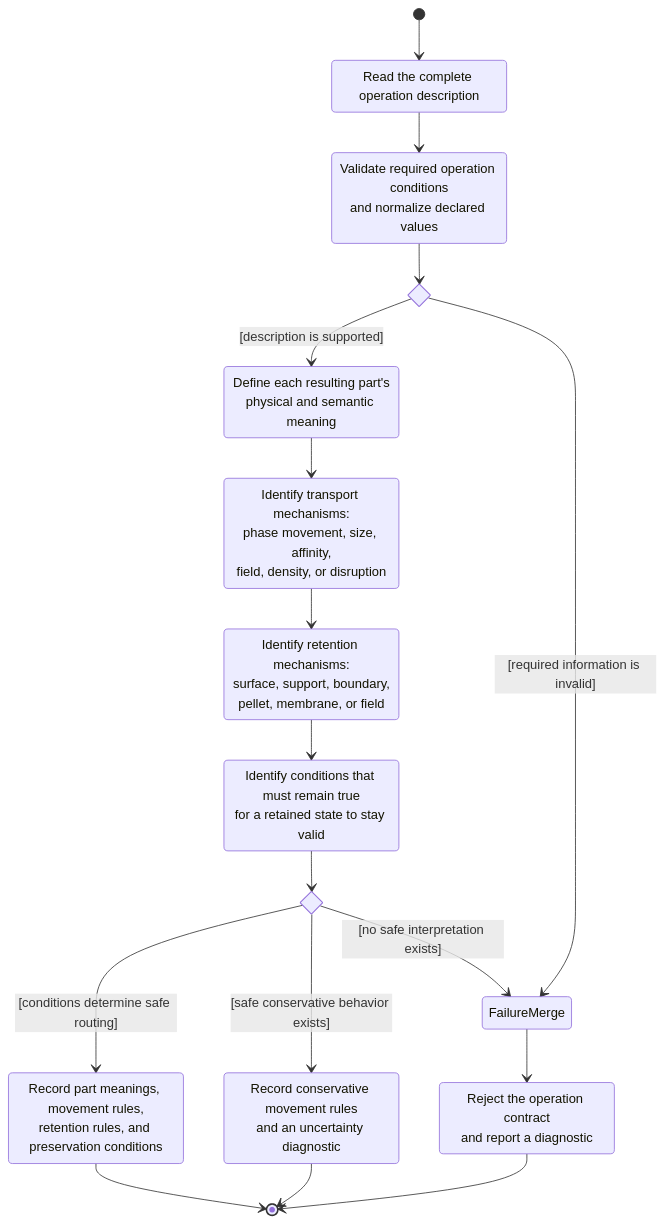
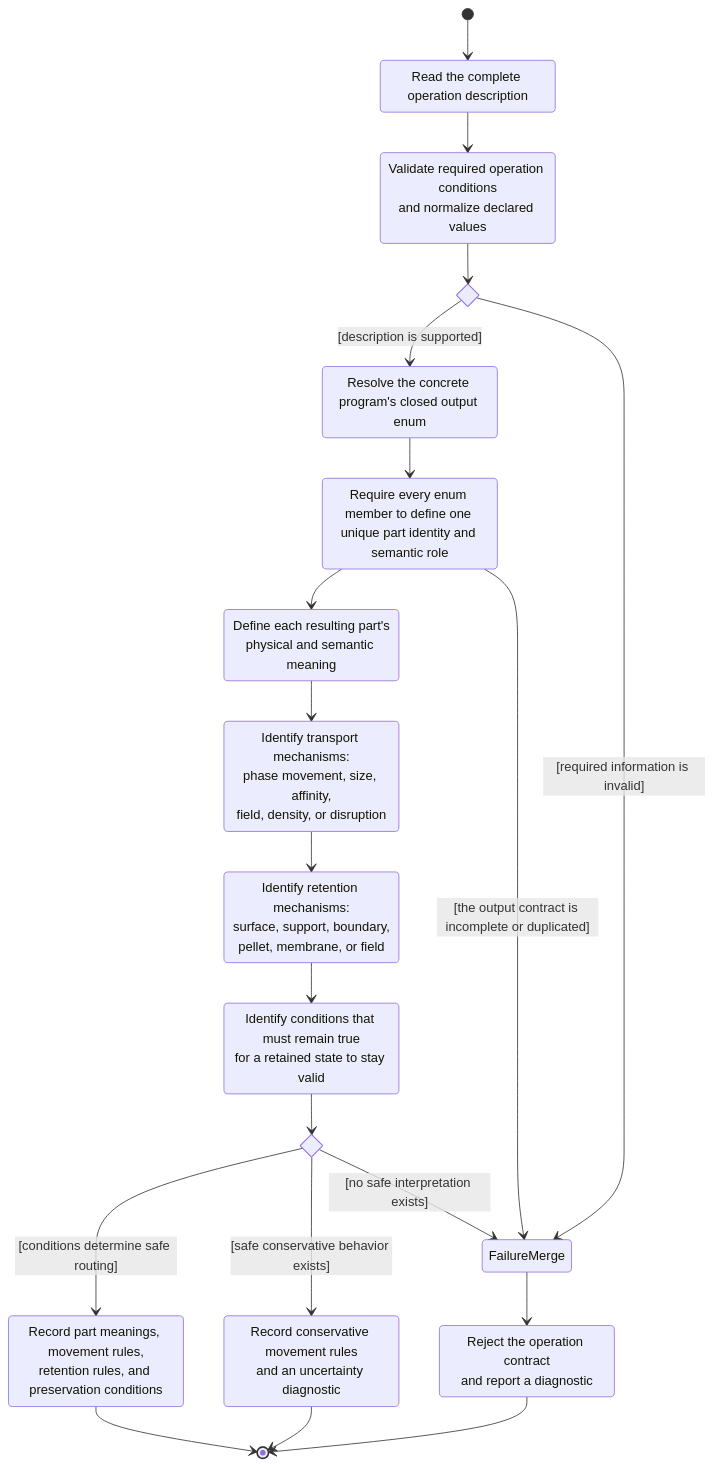
One commit to culsma/culsma changed the seventh of 19 diagrams in docs/architecture/material_compute_module_diagrams.md. Above: the diagram before and after it, drawn with Mermaid. The commit also changed other lines of this file and 15 other files, not shown here.

````diff
--- a/docs/architecture/material_compute_module_diagrams.md
+++ b/docs/architecture/material_compute_module_diagrams.md
@@ -329,37 +331,43 @@
 ```mermaid
 stateDiagram-v2
     direction TB
 
     [*] --> ReadDescription
     state "Read the complete operation description" as ReadDescription
     state "Validate required operation conditions<br/>and normalize declared values" as ValidateDescription
     ReadDescription --> ValidateDescription
 
     state DescriptionChoice <<choice>>
     ValidateDescription --> DescriptionChoice
-    DescriptionChoice --> DefineParts : [description is supported]
+    DescriptionChoice --> ResolveProgramOutputs : [description is supported]
     DescriptionChoice --> FailureMerge : [required information is invalid]
 
+    state "Resolve the concrete program's closed output enum" as ResolveProgramOutputs
+    state "Require every enum member to define one unique part identity and semantic role" as ValidateProgramOutputs
     state "Define each resulting part's<br/>physical and semantic meaning" as DefineParts
     state "Identify transport mechanisms:<br/>phase movement, size, affinity,<br/>field, density, or disruption" as IdentifyTransport
     state "Identify retention mechanisms:<br/>surface, support, boundary,<br/>pellet, membrane, or field" as IdentifyRetention
     state "Identify conditions that must remain true<br/>for a retained state to stay valid" as IdentifyPreservation
+    ResolveProgramOutputs --> ValidateProgramOutputs
+    ValidateProgramOutputs --> DefineParts
+    ValidateProgramOutputs --> FailureMerge : [the output contract is incomplete or duplicated]
     DefineParts --> IdentifyTransport
     IdentifyTransport --> IdentifyRetention
     IdentifyRetention --> IdentifyPreservation
 
     state SufficiencyChoice <<choice>>
     IdentifyPreservation --> SufficiencyChoice
     SufficiencyChoice --> CompleteContract : [conditions determine safe routing]
     SufficiencyChoice --> ConservativeContract : [safe conservative behavior exists]
     SufficiencyChoice --> FailureMerge : [no safe interpretation exists]
 
     state "Record part meanings, movement rules,<br/>retention rules, and preservation conditions" as CompleteContract
     state "Record conservative movement rules<br/>and an uncertainty diagnostic" as ConservativeContract
     state FailureMerge <<choice>>
     state "Reject the operation contract<br/>and report a diagnostic" as Reject
     FailureMerge --> Reject
     CompleteContract --> [*]
     ConservativeContract --> [*]
     Reject --> [*]
+
 ```
````
